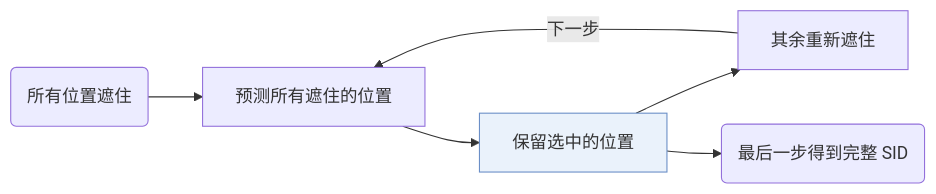
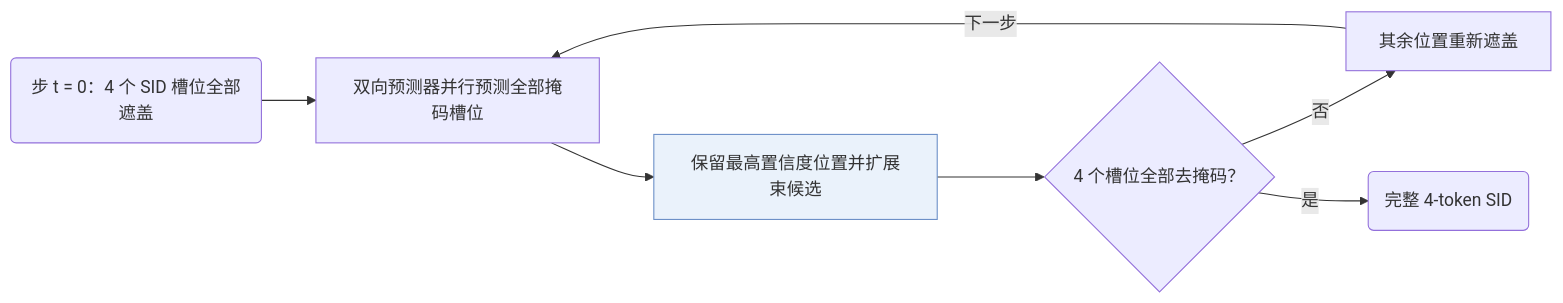
The second of 2 diagrams in notes/zh/llada-rec.md (Galaxy-ghost/Awesome-SID-Generative-Rec), drawn with Mermaid before and after one commit. The commit also changed other lines of this file and 649 other files, not shown here.

Commit message:
writer-05: also tags and modality index (schema, check, build, visuals); summary field removed; calibration data for 12 papers

````diff
--- a/notes/zh/llada-rec.md
+++ b/notes/zh/llada-rec.md
@@ -41,9 +45,10 @@
 ```mermaid
 flowchart LR
-    S0("所有位置遮住") --> P["预测所有遮住的位置"]
-    P --> K["保留选中的位置"]:::key
-    K --> R["其余重新遮住"]
-    R -->|下一步| P
-    K --> D("最后一步得到完整 SID")
+    S0("步 t = 0：4 个 SID 槽位全部遮盖") --> P["双向预测器并行预测全部掩码槽位"]
+    P --> K["保留最高置信度位置并扩展束候选"]:::key
+    K --> C{"4 个槽位全部去掩码？"}
+    C -->|"否"| R["其余位置重新遮盖"]
+    R -->|"下一步"| P
+    C -->|"是"| D("完整 4-token SID")
     classDef key fill:#eaf2fb,stroke:#6b8fc7
 ```
````
